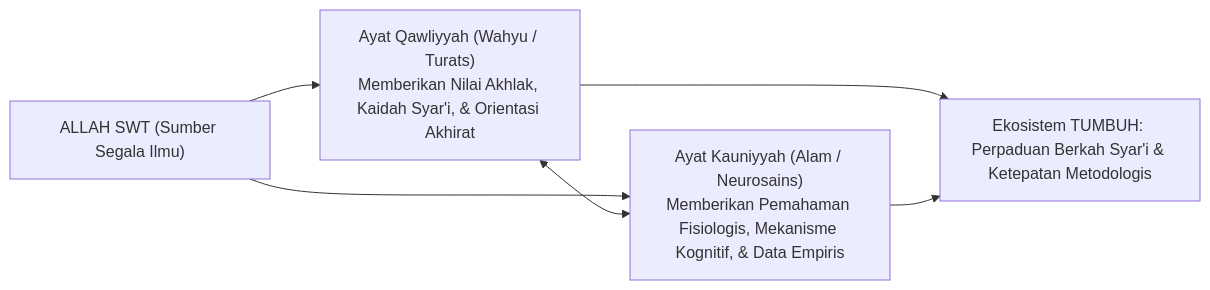
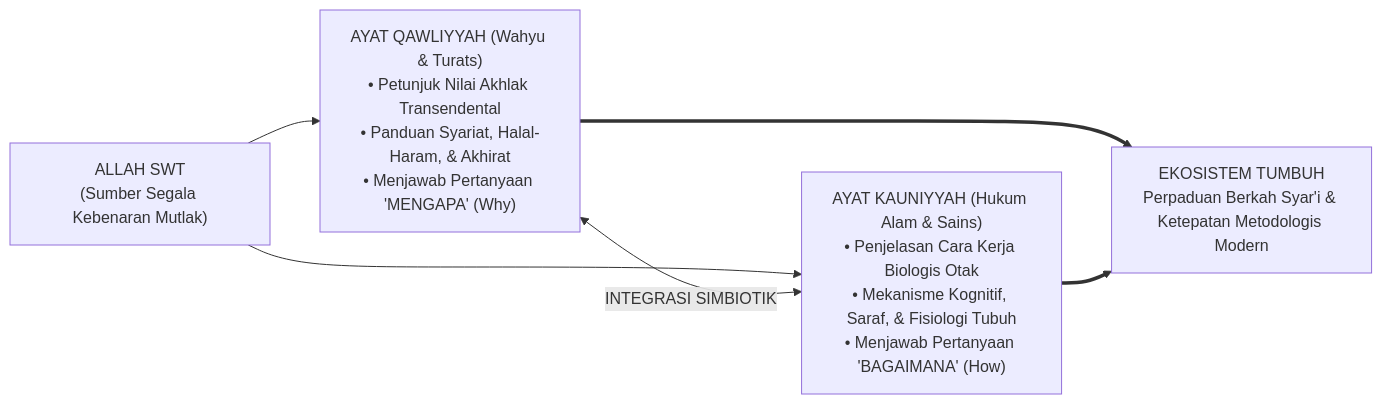
One commit to wandiapriliyandi/tumbuh changed the first of 2 diagrams in BOOK-SERIES/Volume-01/Bab-03-Epistemologi-Integratif-Turats-dan-Neurosains/01-Integrasi-Ayat-Kauniyyah-dan-Qawliyyah.md. Above: the diagram before and after it, drawn with Mermaid. The commit also changed other lines of this file and 5 other files, not shown here.

Commit message:
docs(bab-03): selesaikan penulisan utuh seluruh Bab 03 Epistemologi Integratif Turats Nabawi & Neurosains Kognitif dengan gaya renyah, hidup, dan berorientasi arsitektur TUMBUH

````diff
--- a/BOOK-SERIES/Volume-01/Bab-03-Epistemologi-Integratif-Turats-dan-Neurosains/01-Integrasi-Ayat-Kauniyyah-dan-Qawliyyah.md
+++ b/BOOK-SERIES/Volume-01/Bab-03-Epistemologi-Integratif-Turats-dan-Neurosains/01-Integrasi-Ayat-Kauniyyah-dan-Qawliyyah.md
@@ -13,8 +20,13 @@
 ```mermaid
 graph LR
-    Pencipta["ALLAH SWT (Sumber Segala Ilmu)"] --> Qawliyyah["Ayat Qawliyyah (Wahyu / Turats)<br/>Memberikan Nilai Akhlak, Kaidah Syar'i, & Orientasi Akhirat"]
-    Pencipta --> Kauniyyah["Ayat Kauniyyah (Alam / Neurosains)<br/>Memberikan Pemahaman Fisiologis, Mekanisme Kognitif, & Data Empiris"]
-    Qawliyyah <--> Kauniyyah
-    Qawliyyah --> TUMBUH["Ekosistem TUMBUH: Perpaduan Berkah Syar'i & Ketepatan Metodologis"]
-    Kauniyyah --> TUMBUH
+    Pencipta["ALLAH SWT<br/>(Sumber Segala Kebenaran Mutlak)"]
+    
+    Pencipta --> Qawliyyah["AYAT QAWLIYYAH (Wahyu & Turats)<br/>• Petunjuk Nilai Akhlak Transendental<br/>• Panduan Syariat, Halal-Haram, & Akhirat<br/>• Menjawab Pertanyaan 'MENGAPA' (Why)"]
+    
+    Pencipta --> Kauniyyah["AYAT KAUNIYYAH (Hukum Alam & Sains)<br/>• Penjelasan Cara Kerja Biologis Otak<br/>• Mekanisme Kognitif, Saraf, & Fisiologi Tubuh<br/>• Menjawab Pertanyaan 'BAGAIMANA' (How)"]
+    
+    Qawliyyah <-->|"INTEGRASI SIMBIOTIK"| Kauniyyah
+    
+    Qawliyyah ==> TUMBUH["EKOSISTEM TUMBUH<br/>Perpaduan Berkah Syar'i & Ketepatan Metodologis Modern"]
+    Kauniyyah ==> TUMBUH
 ```
````
